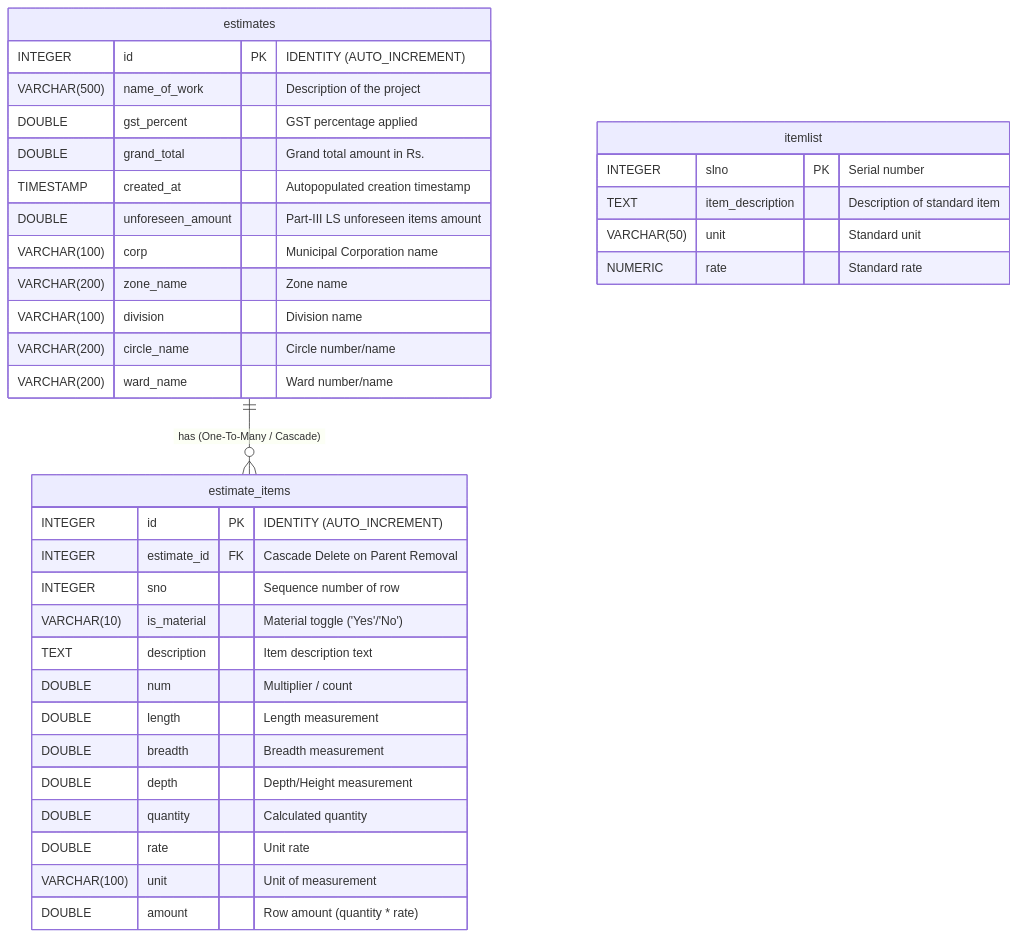
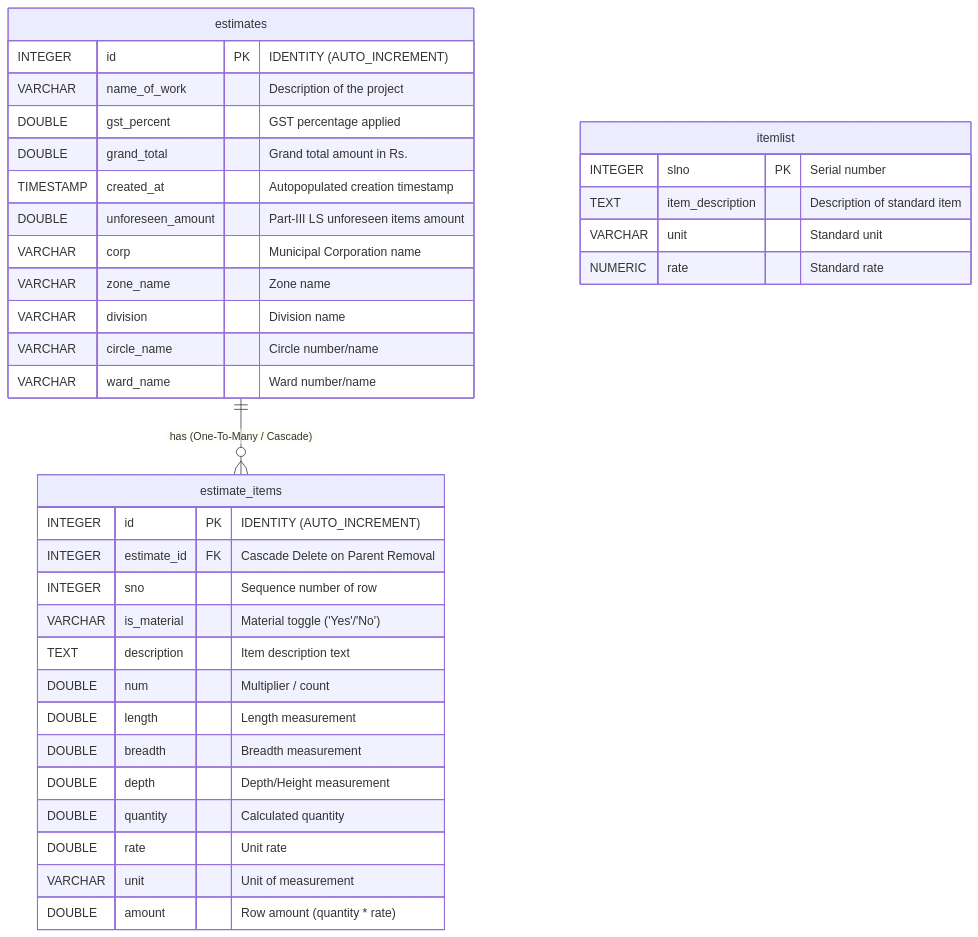
One commit to 23-303-mvsrec/works changed the second of 4 diagrams in codebase_diagrams.md. Above: the diagram before and after it, drawn with Mermaid. The commit also changed other lines of this file and 31 other files, not shown here.

````diff
--- a/codebase_diagrams.md
+++ b/codebase_diagrams.md
@@ -59,41 +59,41 @@
 ```mermaid
 erDiagram
     estimates {
         INTEGER id PK "IDENTITY (AUTO_INCREMENT)"
-        VARCHAR(500) name_of_work "Description of the project"
+        VARCHAR name_of_work "Description of the project"
         DOUBLE gst_percent "GST percentage applied"
         DOUBLE grand_total "Grand total amount in Rs."
         TIMESTAMP created_at "Autopopulated creation timestamp"
         DOUBLE unforeseen_amount "Part-III LS unforeseen items amount"
-        VARCHAR(100) corp "Municipal Corporation name"
-        VARCHAR(200) zone_name "Zone name"
-        VARCHAR(100) division "Division name"
-        VARCHAR(200) circle_name "Circle number/name"
-        VARCHAR(200) ward_name "Ward number/name"
+        VARCHAR corp "Municipal Corporation name"
+        VARCHAR zone_name "Zone name"
+        VARCHAR division "Division name"
+        VARCHAR circle_name "Circle number/name"
+        VARCHAR ward_name "Ward number/name"
     }
     
     estimate_items {
         INTEGER id PK "IDENTITY (AUTO_INCREMENT)"
         INTEGER estimate_id FK "Cascade Delete on Parent Removal"
         INTEGER sno "Sequence number of row"
-        VARCHAR(10) is_material "Material toggle ('Yes'/'No')"
+        VARCHAR is_material "Material toggle ('Yes'/'No')"
         TEXT description "Item description text"
         DOUBLE num "Multiplier / count"
         DOUBLE length "Length measurement"
         DOUBLE breadth "Breadth measurement"
         DOUBLE depth "Depth/Height measurement"
         DOUBLE quantity "Calculated quantity"
         DOUBLE rate "Unit rate"
-        VARCHAR(100) unit "Unit of measurement"
+        VARCHAR unit "Unit of measurement"
         DOUBLE amount "Row amount (quantity * rate)"
     }
 
     itemlist {
         INTEGER slno PK "Serial number"
         TEXT item_description "Description of standard item"
-        VARCHAR(50) unit "Standard unit"
+        VARCHAR unit "Standard unit"
         NUMERIC rate "Standard rate"
     }
 
     estimates ||--o{ estimate_items : "has (One-To-Many / Cascade)"
 ```
````
